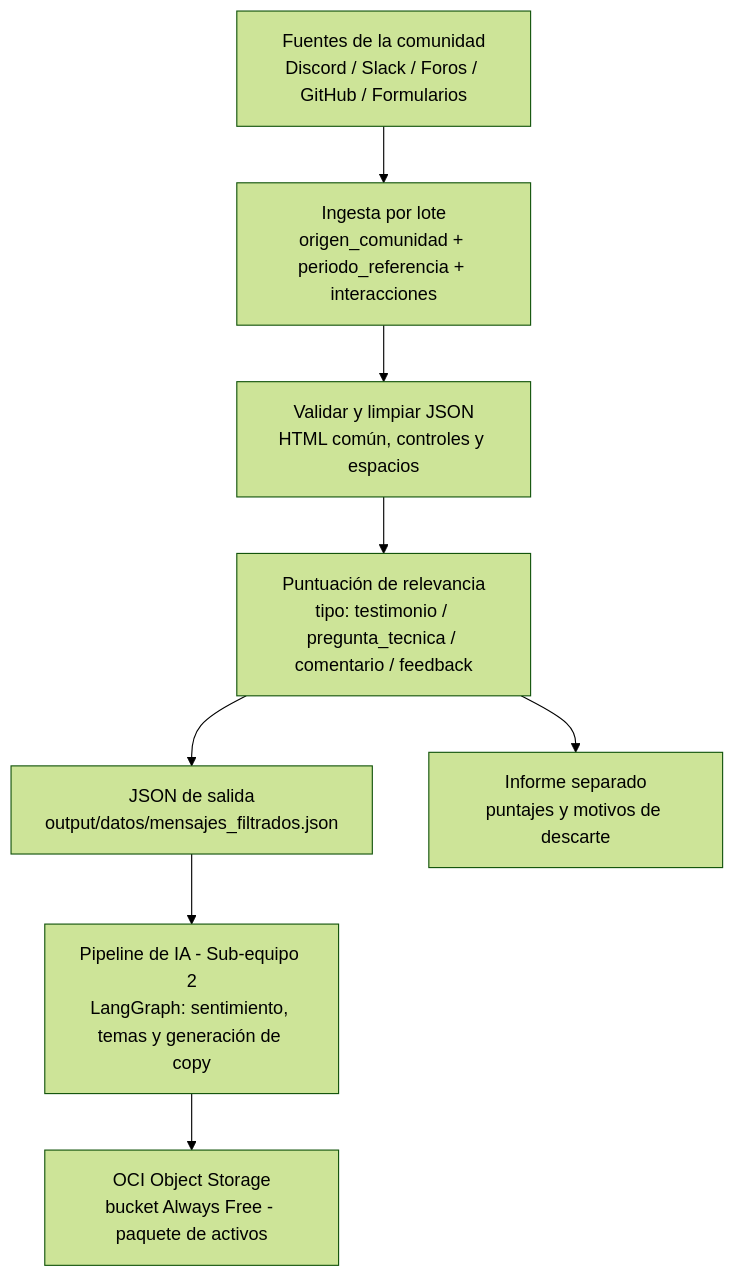
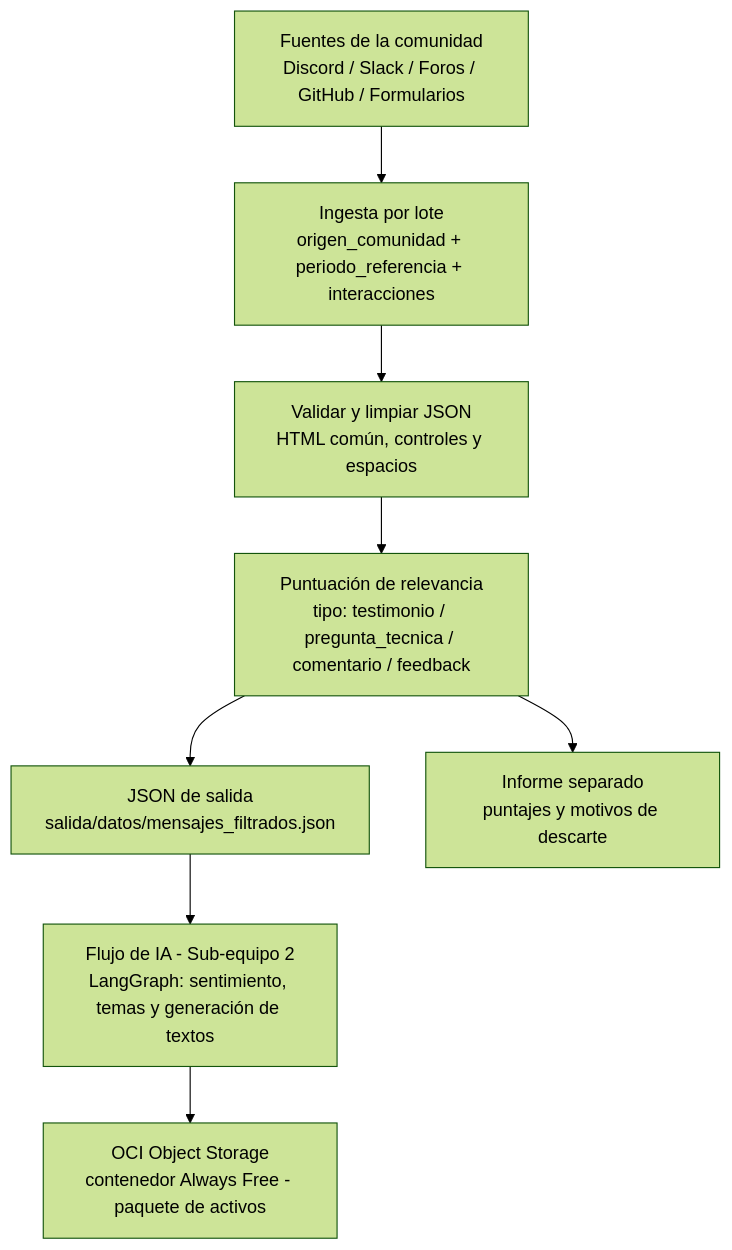
One commit to HenryH11/communitylab changed the diagram in docs/diagrama_flujo_datos_ingesta.md. Above: the diagram before and after it, drawn with Mermaid (forest theme). The commit also changed other lines of this file and 3 other files, not shown here.

````diff
--- a/docs/diagrama_flujo_datos_ingesta.md
+++ b/docs/diagrama_flujo_datos_ingesta.md
@@ -10,10 +10,10 @@
 ```mermaid
 flowchart TD
     A[Fuentes de la comunidad<br/>Discord / Slack / Foros / GitHub / Formularios] --> B[Ingesta por lote<br/>origen_comunidad + periodo_referencia + interacciones]
     B --> C[Validar y limpiar JSON<br/>HTML común, controles y espacios]
     C --> D[Puntuación de relevancia<br/>tipo: testimonio / pregunta_tecnica / comentario / feedback]
-    D --> E[JSON de salida<br/>output/datos/mensajes_filtrados.json]
+    D --> E[JSON de salida<br/>salida/datos/mensajes_filtrados.json]
     D --> R[Informe separado<br/>puntajes y motivos de descarte]
-    E --> F[Pipeline de IA - Sub-equipo 2<br/>LangGraph: sentimiento, temas y generación de copy]
-    F --> G[OCI Object Storage<br/>bucket Always Free - paquete de activos]
+   E --> F[Flujo de IA - Sub-equipo 2<br/>LangGraph: sentimiento, temas y generación de textos]
+   F --> G[OCI Object Storage<br/>contenedor Always Free - paquete de activos]
 ```
````
